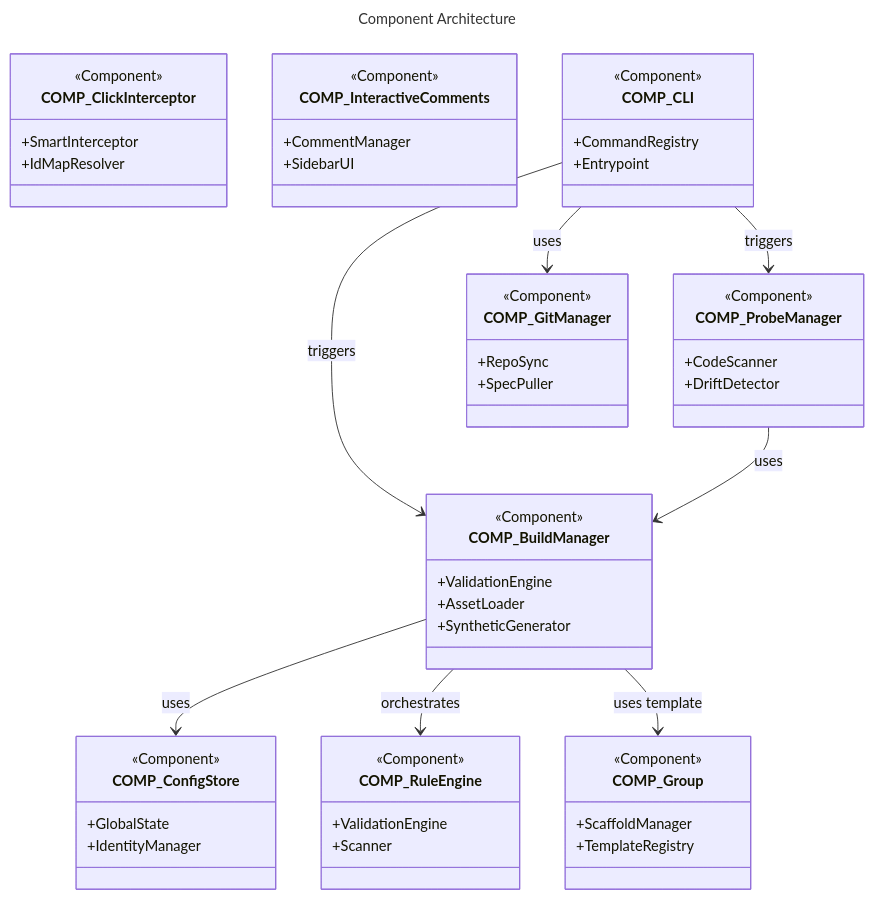
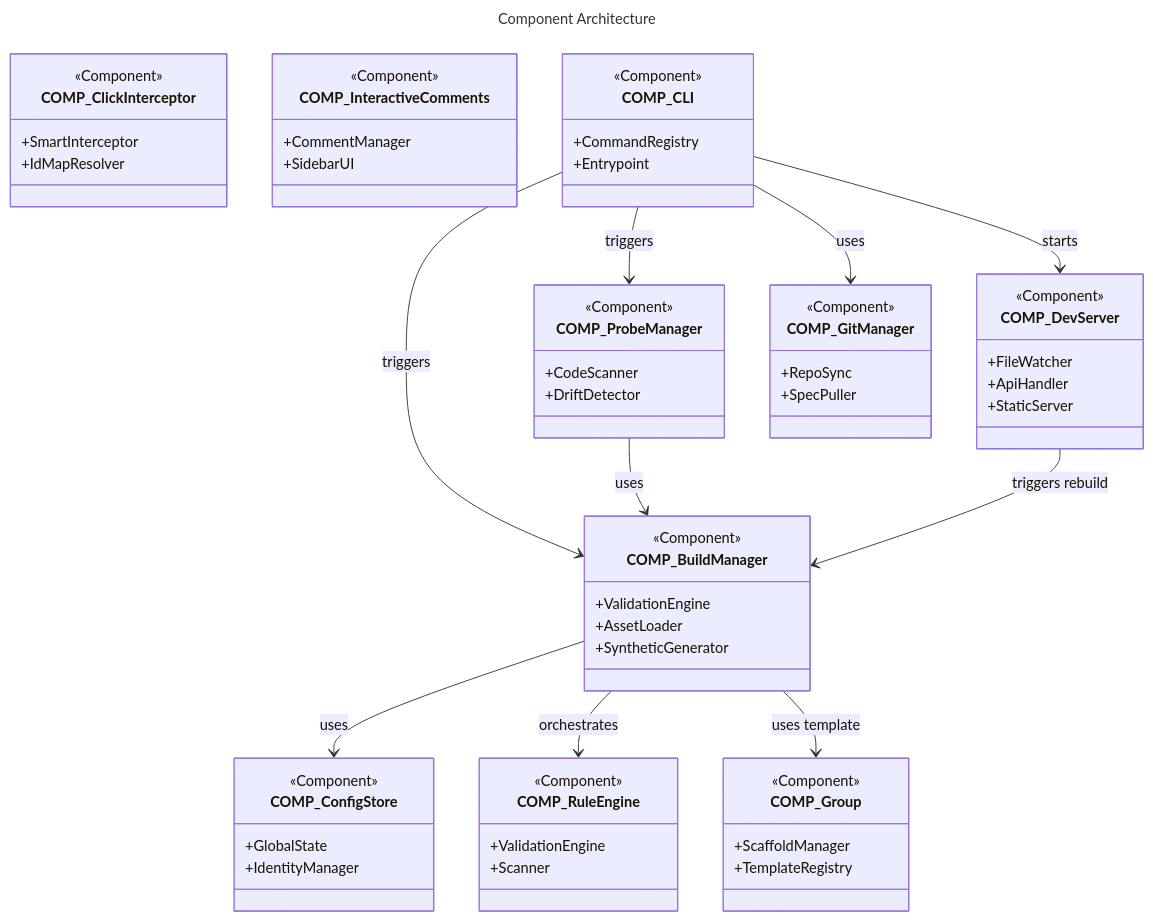
Before and after one commit to futurefoundai/foundryspec: the diagram in docs/components/COMP_Overview.mermaid, drawn with Mermaid. The commit also changed 9 other files, not shown here.

```diff
--- a/docs/components/COMP_Overview.mermaid
+++ b/docs/components/COMP_Overview.mermaid
@@ -1,104 +1,119 @@
 ---
 id: "COMP_Overview"
 title: Component Architecture
 description: Detailed decomposition of the FoundrySpec engine components.
 entities:
   - id: "COMP_Group"
     uplink: "REQ_NonFunctional"
   - id: "COMP_ClickInterceptor"
     uplink: "REQ_Functional"
   - id: "COMP_InteractiveComments"
     uplink: "REQ_InteractiveComments"
     requirements:
       - "REQ_InteractiveComments"
       - "REQ_DeterministicIdentity"
   - id: "COMP_BuildManager"
     uplink: "REQ_PathIntegrity"
     requirements:
       - "REQ_PathIntegrity"
       - "REQ_DynamicRoot"
   - id: "COMP_ProbeManager"
     uplink: "REQ_AutomatedProbing"
     requirements:
       - "REQ_AutomatedProbing"
   - id: "COMP_ConfigStore"
     uplink: "REQ_ZeroConfig"
     requirements:
       - "REQ_ZeroConfig"
   - id: "COMP_GitManager"
     uplink: "REQ_Functional"
     requirements:
       - "REQ_Functional"
   - id: "COMP_CLI"
+    uplink: "REQ_Functional"
+    downlinks:
+      - "COMP_DevServer"
+    requirements:
+      - "REQ_Functional"
+  - id: "COMP_DevServer"
     uplink: "REQ_Functional"
     requirements:
       - "REQ_Functional"
   - id: "COMP_RuleEngine"
     uplink: "COMP_BuildManager"
     requirements:
       - "REQ_Core"
 ---
 
 classDiagram
     class COMP_Group {
         <<Component>>
         +ScaffoldManager
         +TemplateRegistry
     }
 
     class COMP_BuildManager {
         <<Component>>
         +ValidationEngine
         +AssetLoader
         +SyntheticGenerator
     }
 
     class COMP_ProbeManager {
         <<Component>>
         +CodeScanner
         +DriftDetector
     }
 
     class COMP_ClickInterceptor {
         <<Component>>
         +SmartInterceptor
         +IdMapResolver
     }
 
     class COMP_InteractiveComments {
         <<Component>>
         +CommentManager
         +SidebarUI
     }
 
+    class COMP_DevServer {
+        <<Component>>
+        +FileWatcher
+        +ApiHandler
+        +StaticServer
+    }
+
     class COMP_ConfigStore {
         <<Component>>
         +GlobalState
         +IdentityManager
     }
 
     class COMP_GitManager {
         <<Component>>
         +RepoSync
         +SpecPuller
     }
 
     class COMP_CLI {
         <<Component>>
         +CommandRegistry
         +Entrypoint
     }
 
     class COMP_RuleEngine {
         <<Component>>
         +ValidationEngine
         +Scanner
     }
     
     COMP_CLI --> COMP_BuildManager : triggers
     COMP_CLI --> COMP_ProbeManager : triggers
+    COMP_CLI --> COMP_DevServer : starts
     COMP_CLI --> COMP_GitManager : uses
     COMP_BuildManager --> COMP_ConfigStore : uses
     COMP_BuildManager --> COMP_RuleEngine : orchestrates
     COMP_ProbeManager --> COMP_BuildManager : uses
     COMP_BuildManager --> COMP_Group : uses template
+    COMP_DevServer --> COMP_BuildManager : triggers rebuild
```
